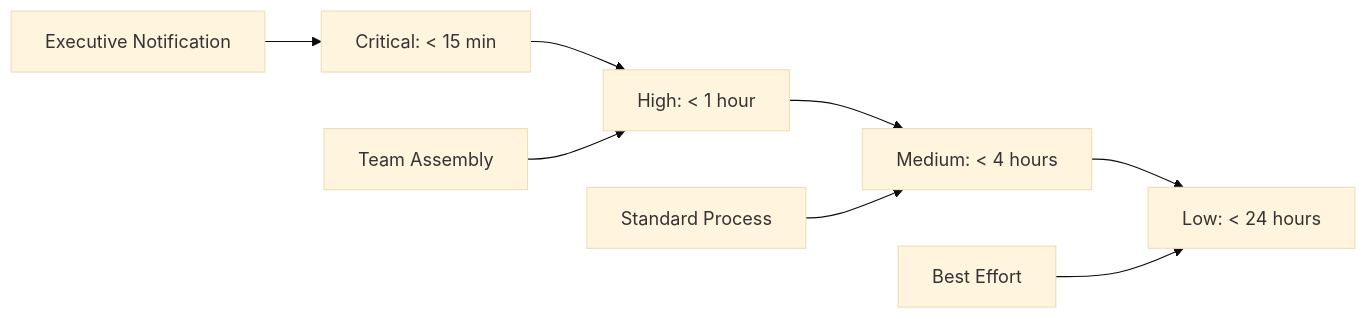
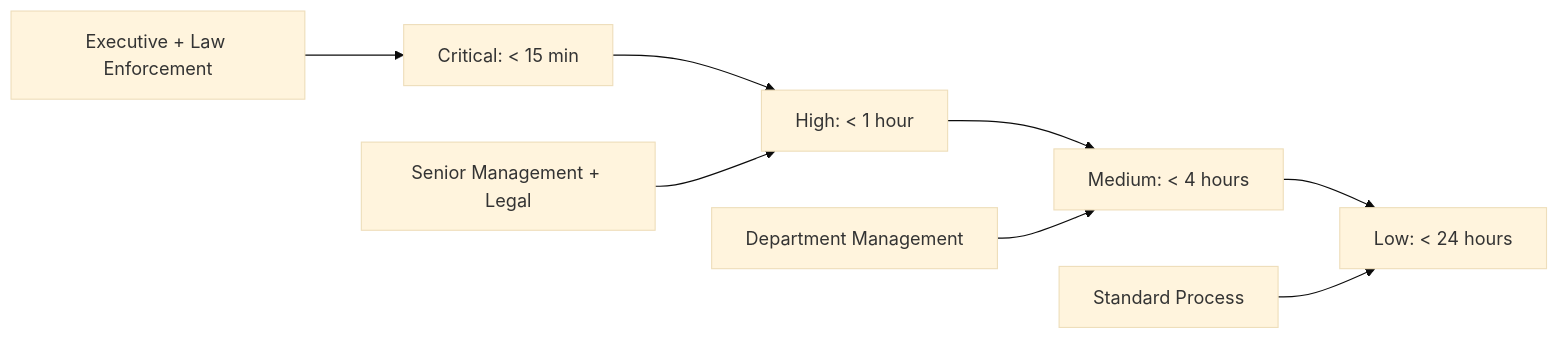
One commit to d3vhackz/BTL1 changed the second of 2 diagrams in 06-incident-response/README.md. Above: the diagram before and after it, drawn with Mermaid (base theme). The commit also changed other lines of this file, not shown here.

````diff
--- a/06-incident-response/README.md
+++ b/06-incident-response/README.md
@@ -145,11 +156,11 @@
 ```mermaid
 graph LR
     A[Critical: < 15 min] --> B[High: < 1 hour]
     B --> C[Medium: < 4 hours]
     C --> D[Low: < 24 hours]
     
-    E[Executive Notification] --> A
-    F[Team Assembly] --> B
-    G[Standard Process] --> C
-    H[Best Effort] --> D
+    E[Executive + Law Enforcement] --> A
+    F[Senior Management + Legal] --> B
+    G[Department Management] --> C
+    H[Standard Process] --> D
 ```
````
